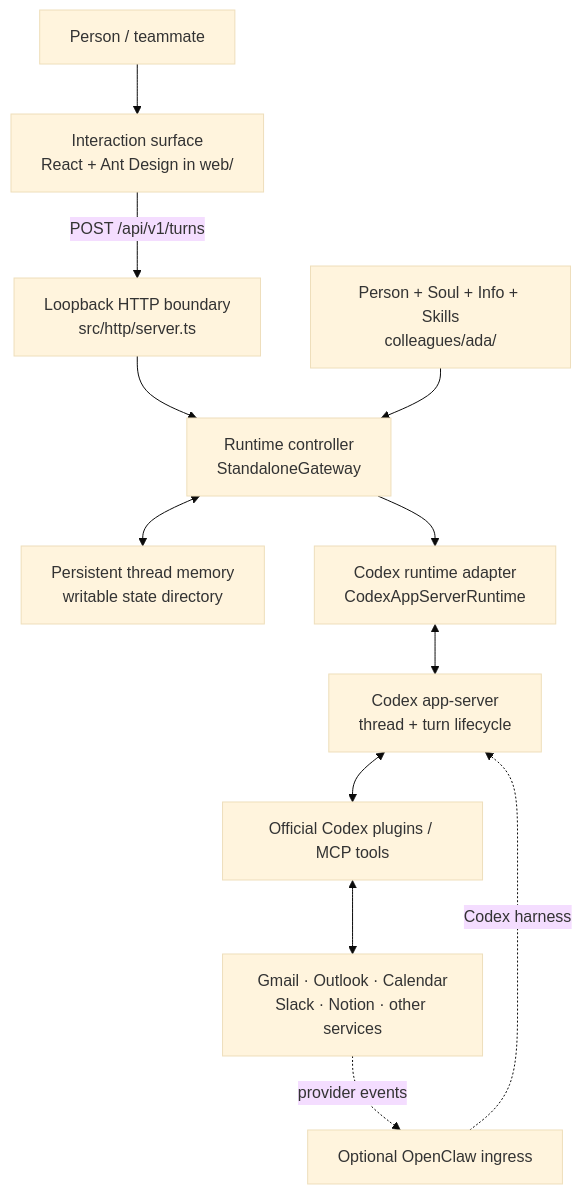
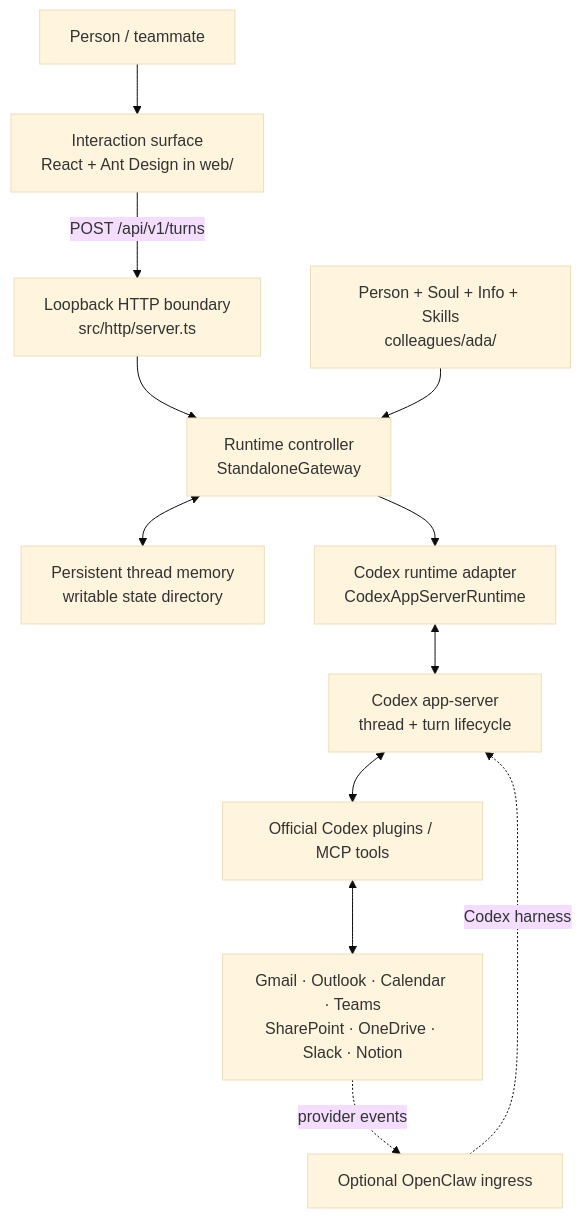
Before and after one commit to vic4code/digital-colleague-prototype: the diagram in README.md, drawn with Mermaid (base theme). The commit also changed other lines of this file and 2 other files, not shown here.

````diff
--- a/README.md
+++ b/README.md
@@ -442,14 +473,14 @@
 ```mermaid
 flowchart TB
     Human[Person / teammate] --> Web[Interaction surface<br/>React + Ant Design in web/]
     Web -->|POST /api/v1/turns| HTTP[Loopback HTTP boundary<br/>src/http/server.ts]
     HTTP --> Gateway[Runtime controller<br/>StandaloneGateway]
     Gateway <--> Memory[Persistent thread memory<br/>writable state directory]
     Identity[Person + Soul + Info + Skills<br/>colleagues/ada/] --> Gateway
     Gateway --> Runtime[Codex runtime adapter<br/>CodexAppServerRuntime]
     Runtime <--> Codex[Codex app-server<br/>thread + turn lifecycle]
     Codex <--> Tools[Official Codex plugins / MCP tools]
-    Tools <--> Services[Gmail · Outlook · Calendar<br/>Slack · Notion · other services]
+    Tools <--> Services[Gmail · Outlook · Calendar · Teams<br/>SharePoint · OneDrive · Slack · Notion]
     Services -. provider events .-> OpenClaw[Optional OpenClaw ingress]
     OpenClaw -. Codex harness .-> Codex
 ```
````
